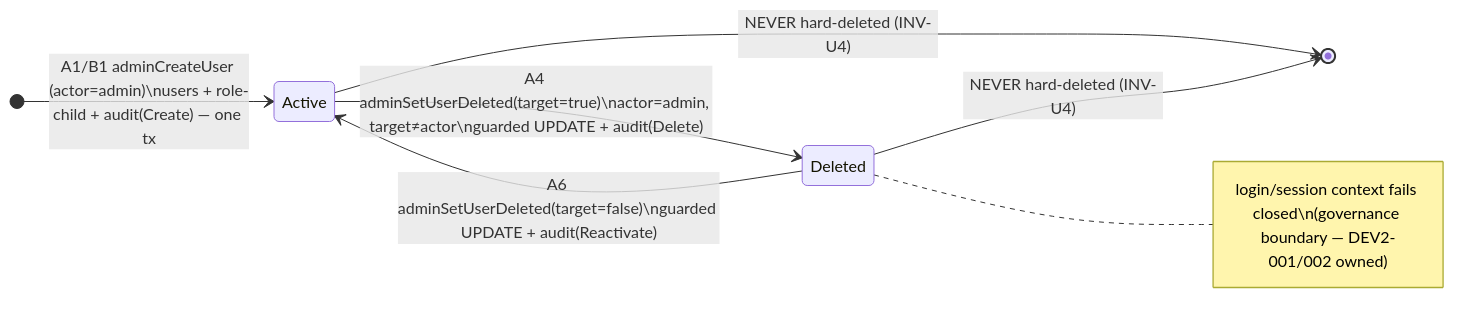
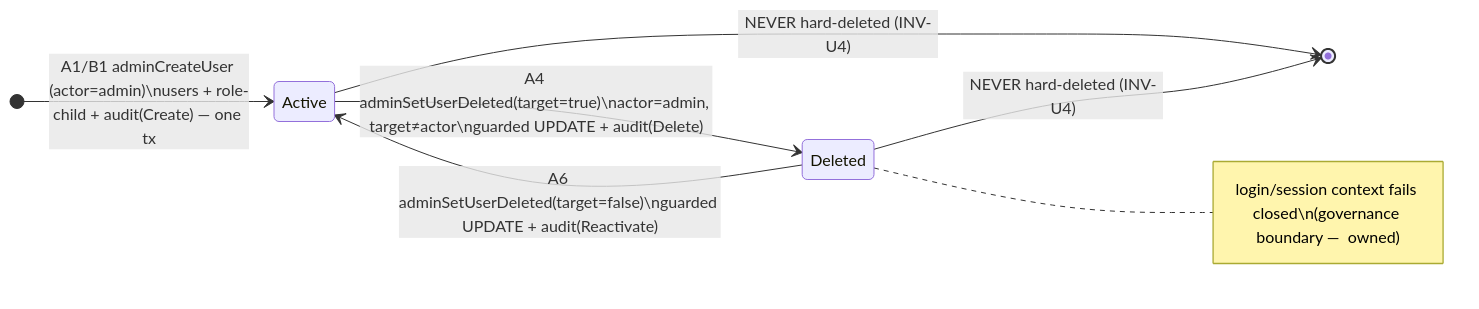
The diagram in ai/finished_plans/sprint_3/dev3-016-admin-crud-users-teachers-students-paren/plan.md (kottaby/kottaby), drawn with Mermaid before and after one commit. The commit also changed other lines of this file and 297 other files, not shown here.

````diff
--- a/ai/finished_plans/sprint_3/dev3-016-admin-crud-users-teachers-students-paren/plan.md
+++ b/ai/finished_plans/sprint_3/dev3-016-admin-crud-users-teachers-students-paren/plan.md
@@ -504,10 +504,10 @@
 ```mermaid
 stateDiagram-v2
   direction LR
   [*] --> Active: A1/B1 adminCreateUser (actor=admin)\nusers + role-child + audit(Create) — one tx
   Active --> Deleted: A4 adminSetUserDeleted(target=true)\nactor=admin, target≠actor\nguarded UPDATE + audit(Delete)
   Deleted --> Active: A6 adminSetUserDeleted(target=false)\nguarded UPDATE + audit(Reactivate)
   Active --> [*]: NEVER hard-deleted (INV-U4)
   Deleted --> [*]: NEVER hard-deleted (INV-U4)
-  note right of Deleted: login/session context fails closed\n(governance boundary — DEV2-001/002 owned)
+  note right of Deleted: login/session context fails closed\n(governance boundary —  owned)
 ```
````
